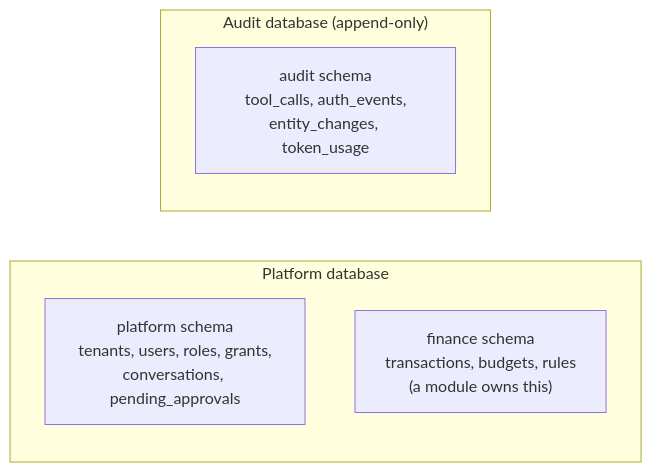
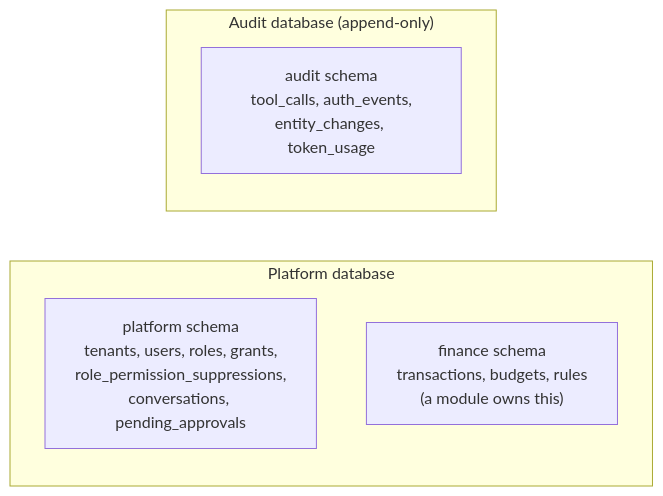
One commit to abrahamFerga/Plenipo changed the third of 3 diagrams in ARCHITECTURE.md. Above: the diagram before and after it, drawn with Mermaid. The commit also changed other lines of this file and 78 other files, not shown here.

First line of the commit message:
Make a product's role declaration reach tenants that already exist (#79)

````diff
--- a/ARCHITECTURE.md
+++ b/ARCHITECTURE.md
@@ -115,10 +115,10 @@
 ```mermaid
 flowchart LR
   subgraph platformdb["Platform database"]
-    ps["platform schema<br/>tenants, users, roles, grants,<br/>conversations, pending_approvals"]
+    ps["platform schema<br/>tenants, users, roles, grants,<br/>role_permission_suppressions,<br/>conversations, pending_approvals"]
     fs["finance schema<br/>transactions, budgets, rules<br/>(a module owns this)"]
   end
   subgraph auditdb["Audit database (append-only)"]
     aud["audit schema<br/>tool_calls, auth_events,<br/>entity_changes, token_usage"]
   end
 ```
````
